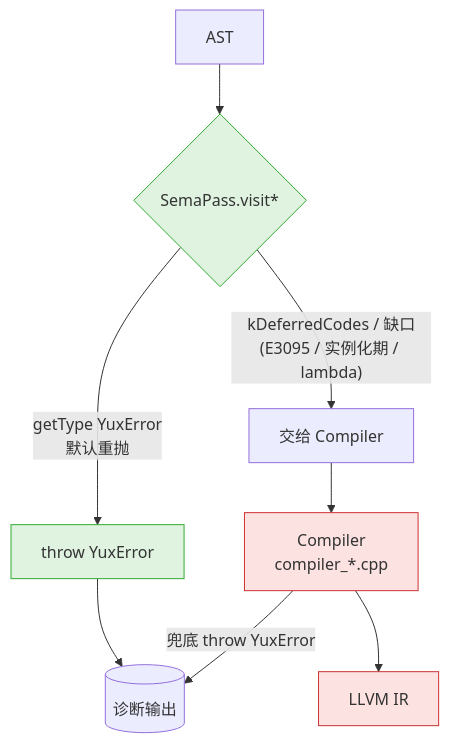
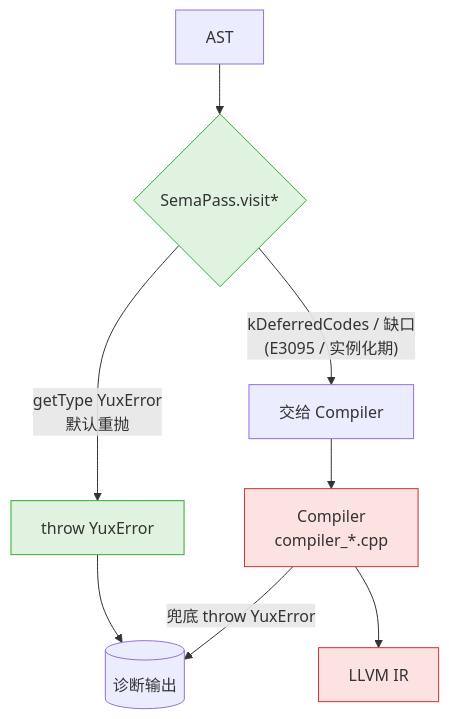
Before and after one commit to riu-lang/riu: the fourth of 6 diagrams in yux.md, drawn with Mermaid. The commit also changed 10 other files, not shown here.

First line of the commit message:
feat: SemaPass 按 lambda 自身返回类型检查块体 ret

````diff
--- a/yux.md
+++ b/yux.md
@@ -116,18 +116,18 @@
 ```mermaid
 flowchart TB
     ast[AST] --> sema{SemaPass.visit*}
 
     sema -- "getType YuxError<br/>默认重抛" --> throwSema[throw YuxError]
-    sema -- "kDeferredCodes / 缺口<br/>(E3095 / 实例化期 / lambda)" --> skip[交给 Compiler]
+    sema -- "kDeferredCodes / 缺口<br/>(E3095 / 实例化期)" --> skip[交给 Compiler]
 
     throwSema --> userErr[(诊断输出)]
     skip --> compiler[Compiler<br/>compiler_*.cpp]
 
     compiler -- "兜底 throw YuxError" --> userErr
     compiler --> ir[LLVM IR]
 
     classDef green fill:#e0f3e0,stroke:#3a3
     classDef red fill:#fde2e2,stroke:#c33
     class sema,throwSema green
     class compiler,ir red
 ```
````
